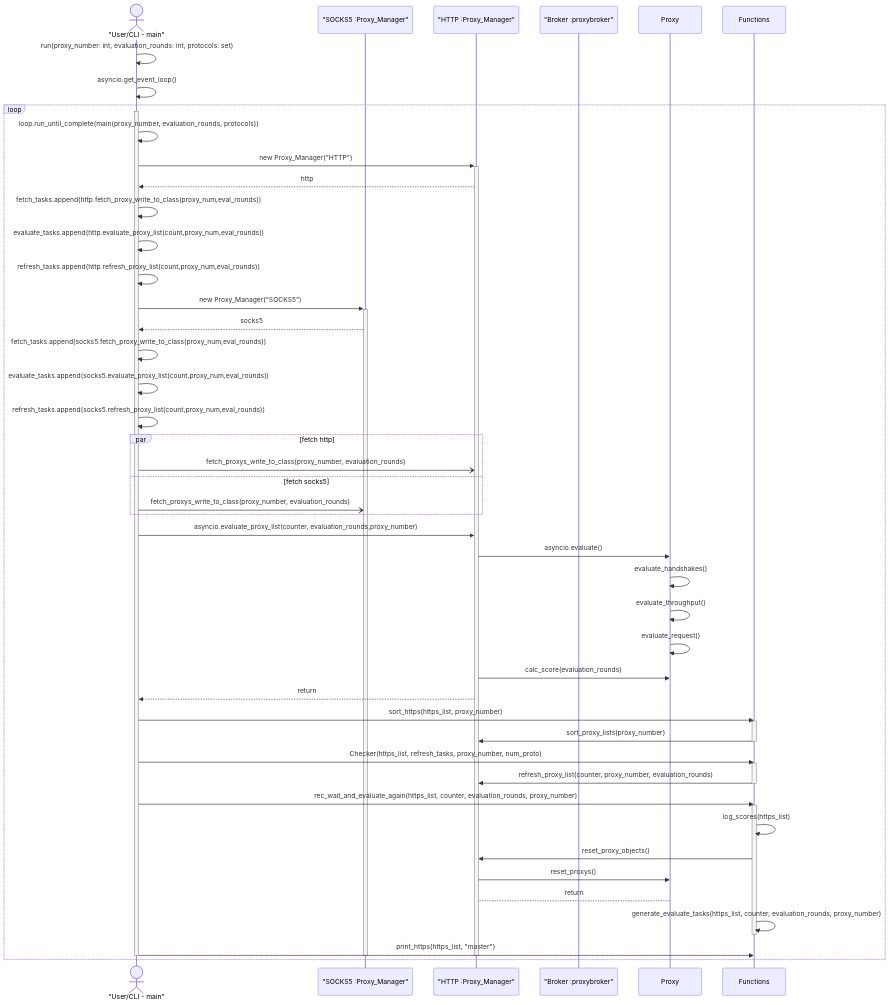
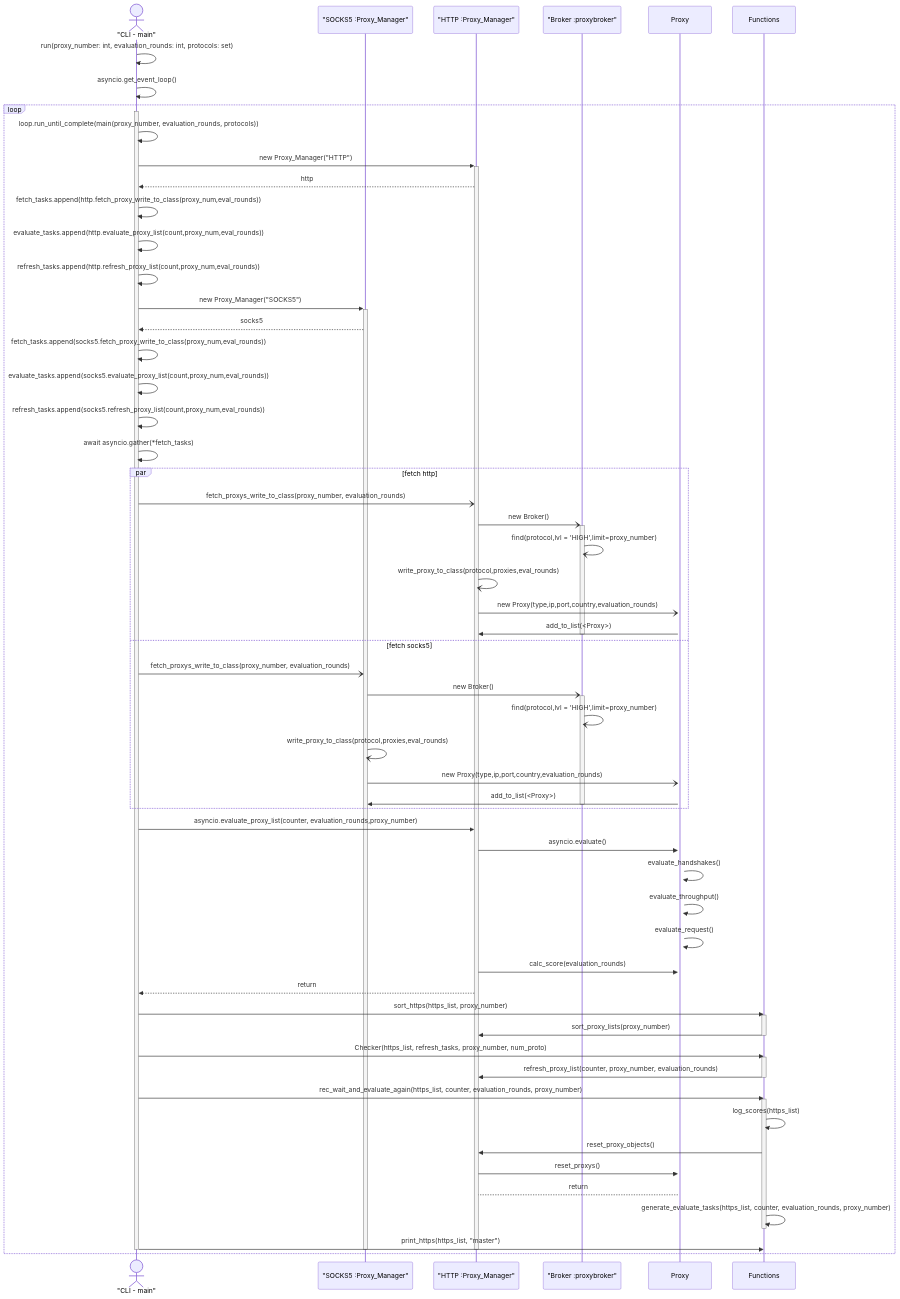
One commit to quintuscodes/Proxy-Reliability-using-Proxybroker2 changed the second of 2 diagrams in README.md. Above: the diagram before and after it, drawn with Mermaid.

Commit message:
README.md

````diff
--- a/README.md
+++ b/README.md
@@ -84,7 +84,7 @@
 ```mermaid 
 
 sequenceDiagram
-    actor main as "User/CLI - main"
+    actor main as "CLI - main"
     
     participant socks5 as "SOCKS5   :Proxy_Manager"
     participant http as "HTTP   :Proxy_Manager"
@@ -113,13 +113,24 @@
       main->>main: evaluate_tasks.append(socks5.evaluate_proxy_list(count,proxy_num,eval_rounds))
       main->>main: refresh_tasks.append(socks5.refresh_proxy_list(count,proxy_num,eval_rounds))
       
+      main->>main: await asyncio.gather(*fetch_tasks)
       par fetch http
           
         main-)http: fetch_proxys_write_to_class(proxy_number, evaluation_rounds)
-        
+        http-)+broker: new   Broker()
+        broker-)broker: find(protocol,lvl = 'HIGH',limit=proxy_number)
+        http-)http: write_proxy_to_class(protocol,proxies,eval_rounds)
+        http-)+Proxy: new   Proxy(type,ip,port,country,evaluation_rounds)
+        Proxy->>http: add_to_list(<Proxy>)
+        deactivate broker
       and fetch socks5
         main-)socks5: fetch_proxys_write_to_class(proxy_number, evaluation_rounds)
-
+        socks5-)+broker: new   Broker()
+        broker-)broker: find(protocol,lvl = 'HIGH',limit=proxy_number)
+        socks5-)socks5: write_proxy_to_class(protocol,proxies,eval_rounds)
+        socks5-)+Proxy: new   Proxy(type,ip,port,country,evaluation_rounds)
+        Proxy->>socks5: add_to_list(<Proxy>)
+        deactivate broker
       end
 
       main->>http: asyncio.evaluate_proxy_list(counter, evaluation_rounds,proxy_number)
````
